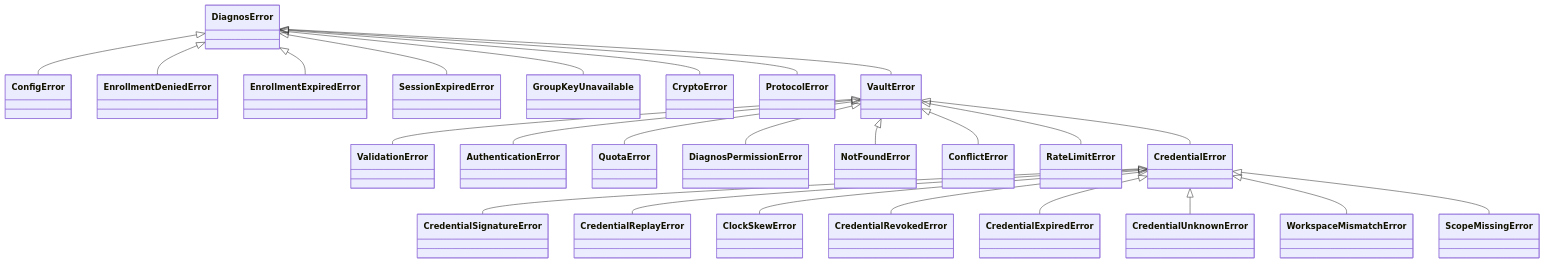
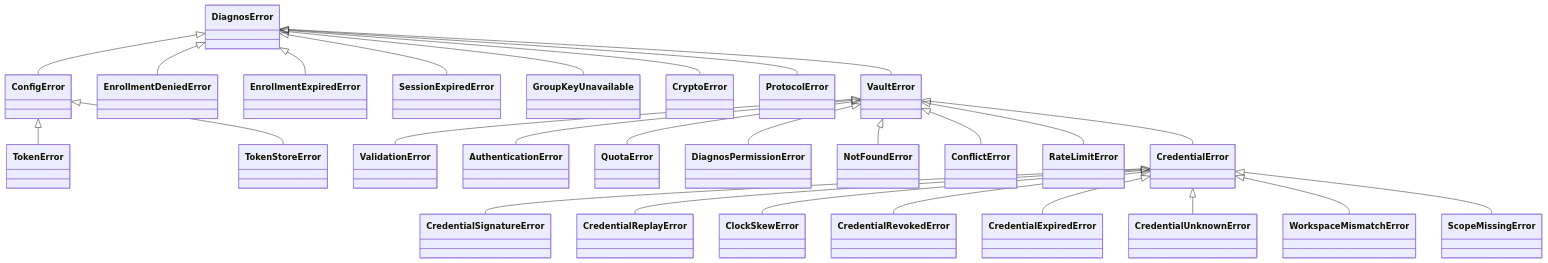
Before and after one commit to diagnos-tech/integration: the diagram in docs/guides/errors.md, drawn with Mermaid. The commit also changed other lines of this file and 47 other files, not shown here.

````diff
--- a/docs/guides/errors.md
+++ b/docs/guides/errors.md
@@ -12,27 +12,29 @@
 ```mermaid
 classDiagram
     DiagnosError <|-- ConfigError
+    ConfigError <|-- TokenError
+    ConfigError <|-- TokenStoreError
     DiagnosError <|-- EnrollmentDeniedError
     DiagnosError <|-- EnrollmentExpiredError
     DiagnosError <|-- SessionExpiredError
     DiagnosError <|-- GroupKeyUnavailable
     DiagnosError <|-- CryptoError
     DiagnosError <|-- ProtocolError
     DiagnosError <|-- VaultError
     VaultError <|-- ValidationError
     VaultError <|-- AuthenticationError
     VaultError <|-- QuotaError
     VaultError <|-- DiagnosPermissionError
     VaultError <|-- NotFoundError
     VaultError <|-- ConflictError
     VaultError <|-- RateLimitError
     VaultError <|-- CredentialError
     CredentialError <|-- CredentialSignatureError
     CredentialError <|-- CredentialReplayError
     CredentialError <|-- ClockSkewError
     CredentialError <|-- CredentialRevokedError
     CredentialError <|-- CredentialExpiredError
     CredentialError <|-- CredentialUnknownError
     CredentialError <|-- WorkspaceMismatchError
     CredentialError <|-- ScopeMissingError
 ```
````
